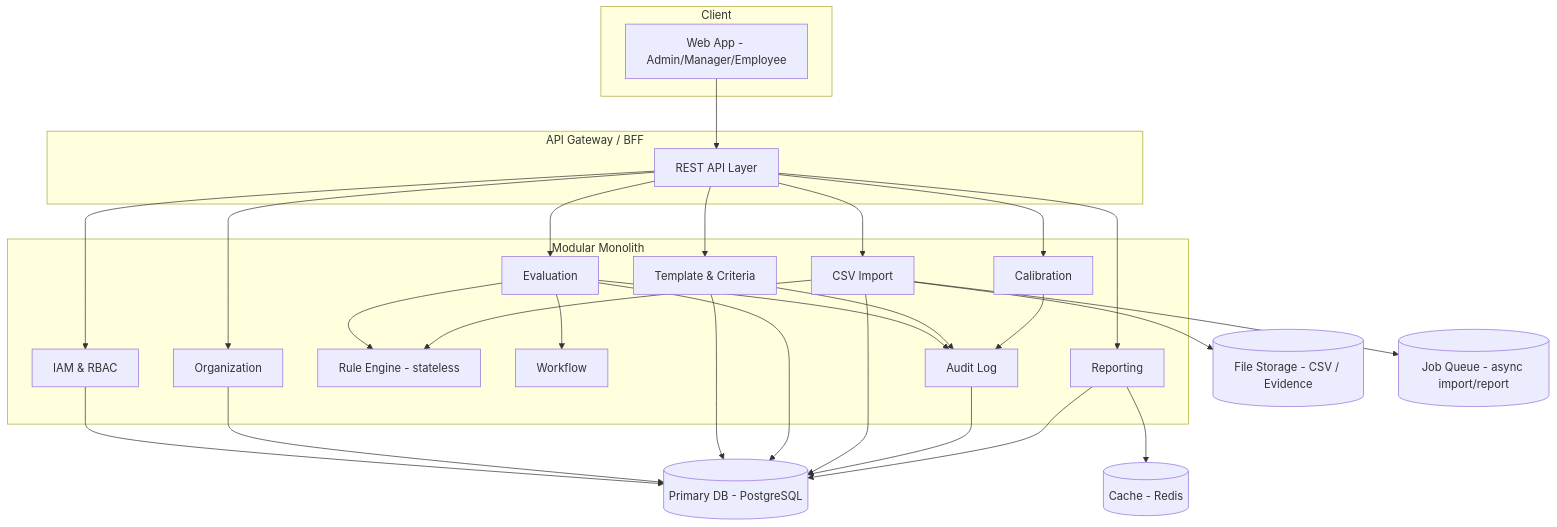
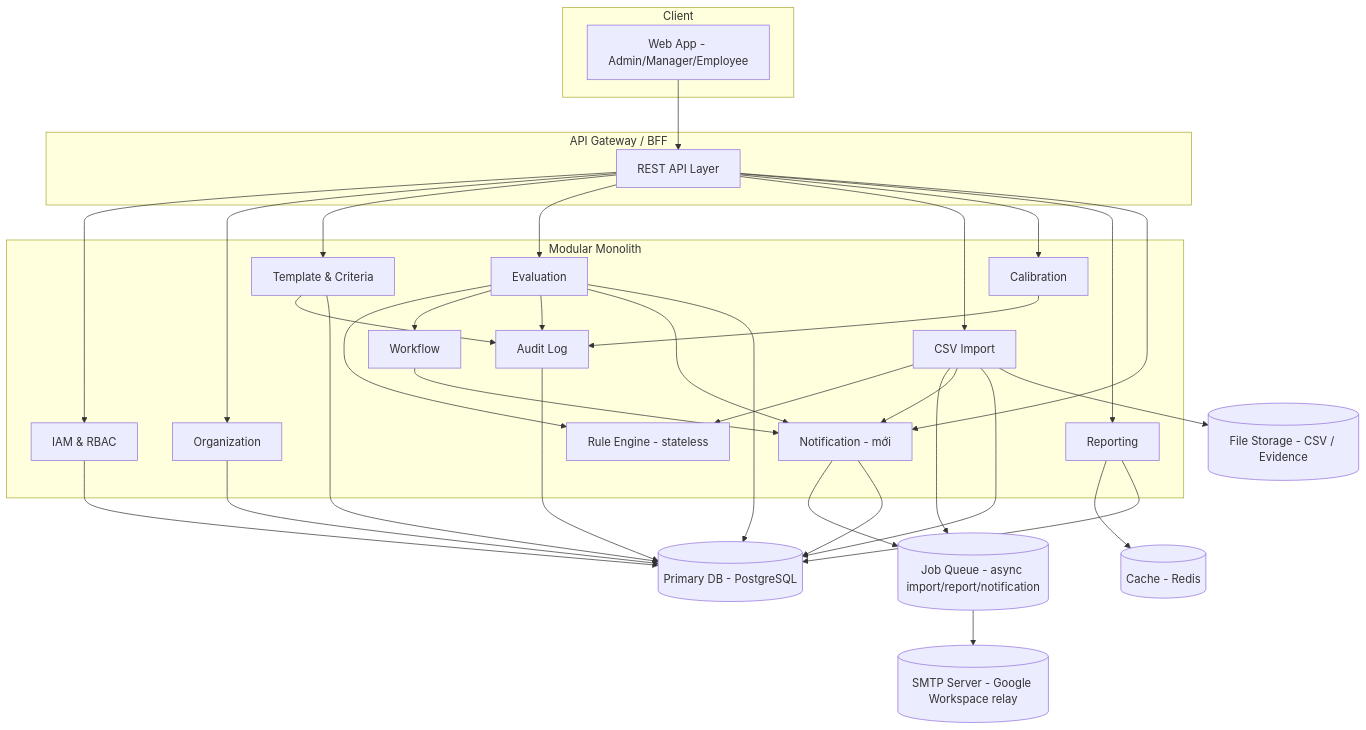
Before and after one commit to PhuocNT93/kpi-system: the first of 8 diagrams in docs/LLD_Employee_Performance_Evaluation_System.md, drawn with Mermaid. The commit also changed other lines of this file and 56 other files, not shown here.

````diff
--- a/docs/LLD_Employee_Performance_Evaluation_System.md
+++ b/docs/LLD_Employee_Performance_Evaluation_System.md
@@ -143,55 +146,64 @@
 ```mermaid
 flowchart TB
     subgraph Client
         WebApp[Web App - Admin/Manager/Employee]
     end
 
     subgraph API["API Gateway / BFF"]
         GW[REST API Layer]
     end
 
     subgraph Core["Modular Monolith"]
         IAM[IAM & RBAC]
         ORG[Organization]
         TPL[Template & Criteria]
         EVAL[Evaluation]
         RULE[Rule Engine - stateless]
         IMPORT[CSV Import]
         WF[Workflow]
         CAL[Calibration]
         AUDIT[Audit Log]
         REPORT[Reporting]
+        NOTIF[Notification - mới]
     end
 
     DB[(Primary DB - PostgreSQL)]
     FILE[(File Storage - CSV / Evidence)]
     CACHE[(Cache - Redis)]
-    QUEUE[(Job Queue - async import/report)]
+    QUEUE[(Job Queue - async import/report/notification)]
+    SMTP[(SMTP Server - Google Workspace relay)]
 
     WebApp --> GW
     GW --> IAM
     GW --> ORG
     GW --> TPL
     GW --> EVAL
     GW --> IMPORT
     GW --> CAL
     GW --> REPORT
+    GW --> NOTIF
 
     EVAL --> RULE
     IMPORT --> RULE
     EVAL --> WF
     EVAL --> AUDIT
     TPL --> AUDIT
     CAL --> AUDIT
     IMPORT --> QUEUE
     REPORT --> CACHE
+    EVAL --> NOTIF
+    IMPORT --> NOTIF
+    WF --> NOTIF
+    NOTIF --> QUEUE
+    QUEUE --> SMTP
 
     IAM --> DB
     ORG --> DB
     TPL --> DB
     EVAL --> DB
     IMPORT --> DB
     IMPORT --> FILE
     AUDIT --> DB
     REPORT --> DB
+    NOTIF --> DB
 ```
````
